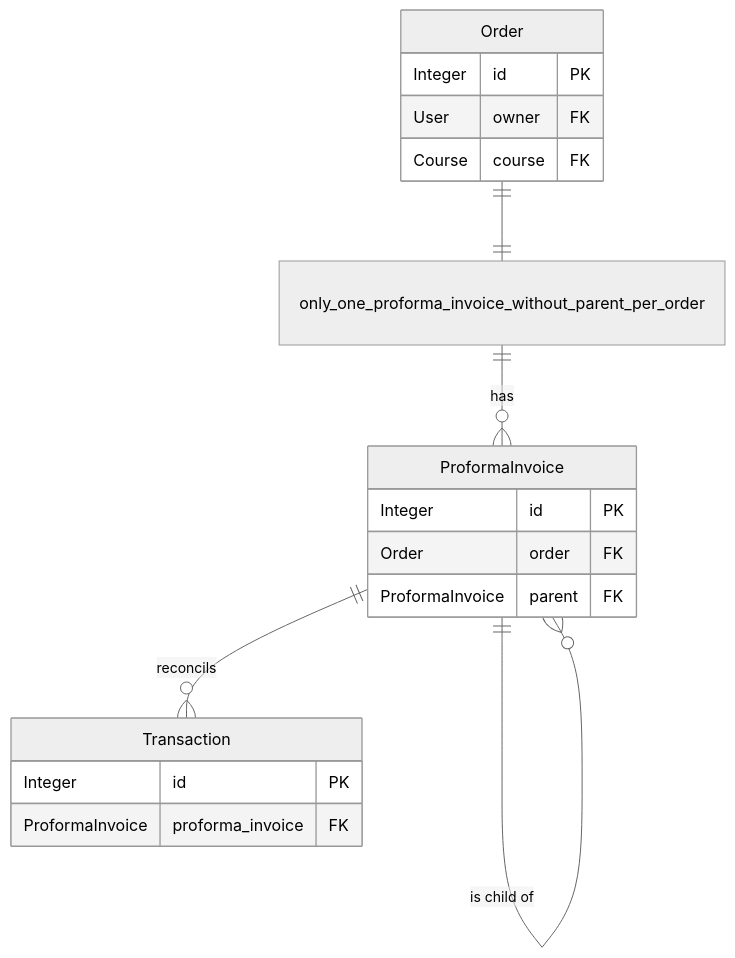
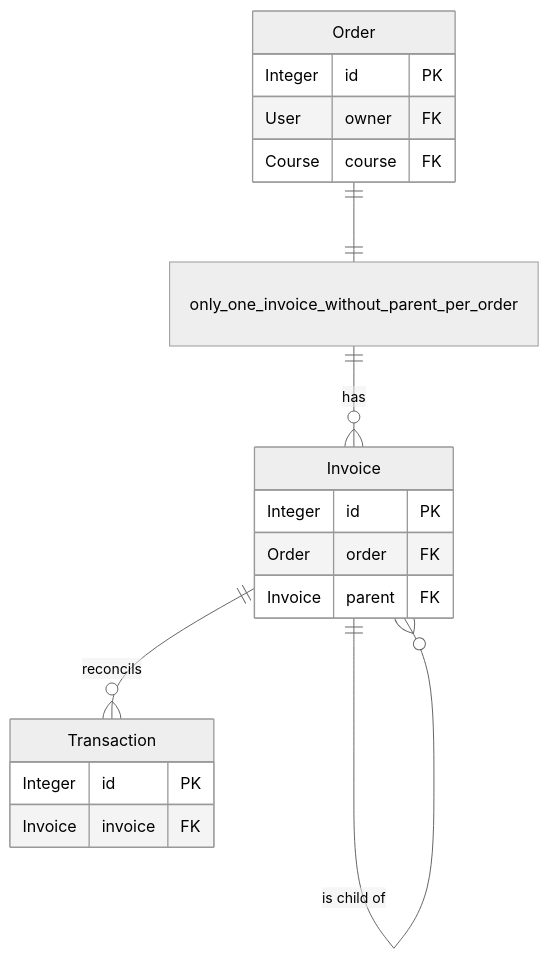
The second of 3 diagrams in docs/reference/models.md (openfun/joanie), drawn with Mermaid (neutral theme) before and after one commit. The commit also changed other lines of this file and 29 other files, not shown here.

First line of the commit message:
♻️(payment) rename ProformaInvoice model

````diff
--- a/docs/reference/models.md
+++ b/docs/reference/models.md
@@ -117,27 +117,27 @@
 ```mermaid
 erDiagram
     %% Models
     Order {
         Integer id PK
         User owner FK
         Course course FK
     }
 
-    ProformaInvoice {
+    Invoice {
         Integer id PK
         Order order FK
-        ProformaInvoice parent FK
+        Invoice parent FK
     }
     
     Transaction {
         Integer id PK
-        ProformaInvoice proforma_invoice FK
+        Invoice invoice FK
     }
     
     %% Relations
-    Order ||--|| only_one_proforma_invoice_without_parent_per_order : ""
-    only_one_proforma_invoice_without_parent_per_order ||--o{ ProformaInvoice : "has"
+    Order ||--|| only_one_invoice_without_parent_per_order : ""
+    only_one_invoice_without_parent_per_order ||--o{ Invoice : "has"
     
-    ProformaInvoice ||--o{ ProformaInvoice : "is child of"
-    ProformaInvoice ||--o{ Transaction : "reconcils"
+    Invoice ||--o{ Invoice : "is child of"
+    Invoice ||--o{ Transaction : "reconcils"
 ```
````
